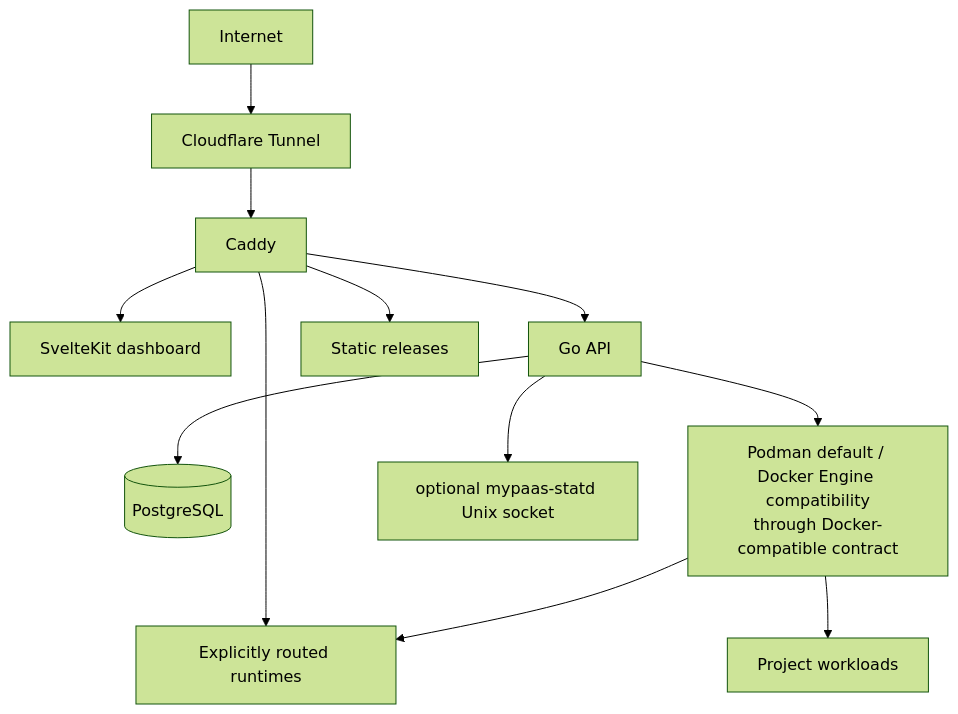
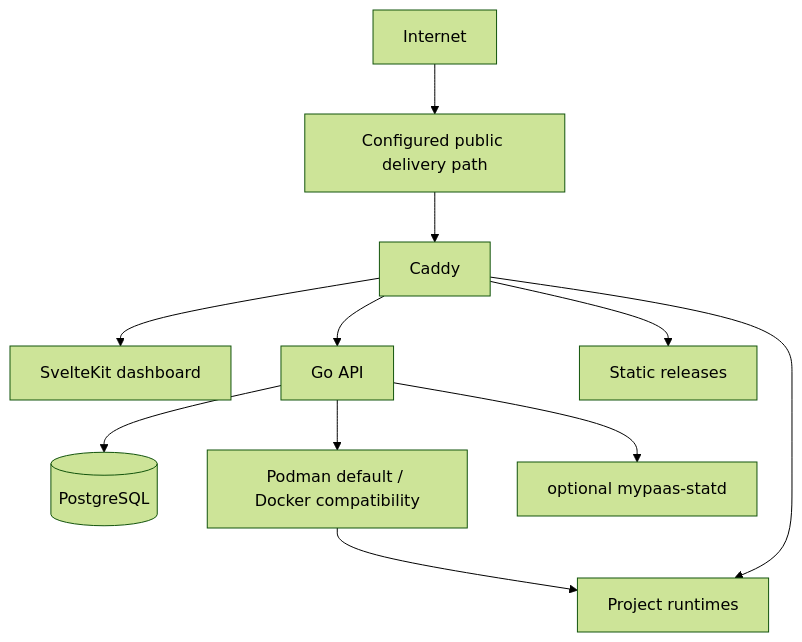
One commit to howlil/MyPaas changed the diagram in README.md. Above: the diagram before and after it, drawn with Mermaid (forest theme). The commit also changed other lines of this file, not shown here.

````diff
--- a/README.md
+++ b/README.md
@@ -131,13 +67,12 @@
 ```mermaid
 flowchart TB
-    Internet["Internet"] --> Tunnel["Cloudflare Tunnel"] --> Caddy["Caddy"]
+    Internet["Internet"] --> Delivery["Configured public delivery path"] --> Caddy["Caddy"]
     Caddy --> Dashboard["SvelteKit dashboard"]
     Caddy --> API["Go API"]
     Caddy --> Static["Static releases"]
-    Caddy --> Runtime["Explicitly routed runtimes"]
+    Caddy --> Runtime["Project runtimes"]
     API --> Postgres[("PostgreSQL")]
-    API --> Engine["Podman default / Docker Engine compatibility\nthrough Docker-compatible contract"]
-    API --> Statd["optional mypaas-statd Unix socket"]
+    API --> Engine["Podman default / Docker compatibility"]
+    API --> Statd["optional mypaas-statd"]
     Engine --> Runtime
-    Engine --> Workloads["Project workloads"]
 ```
````
